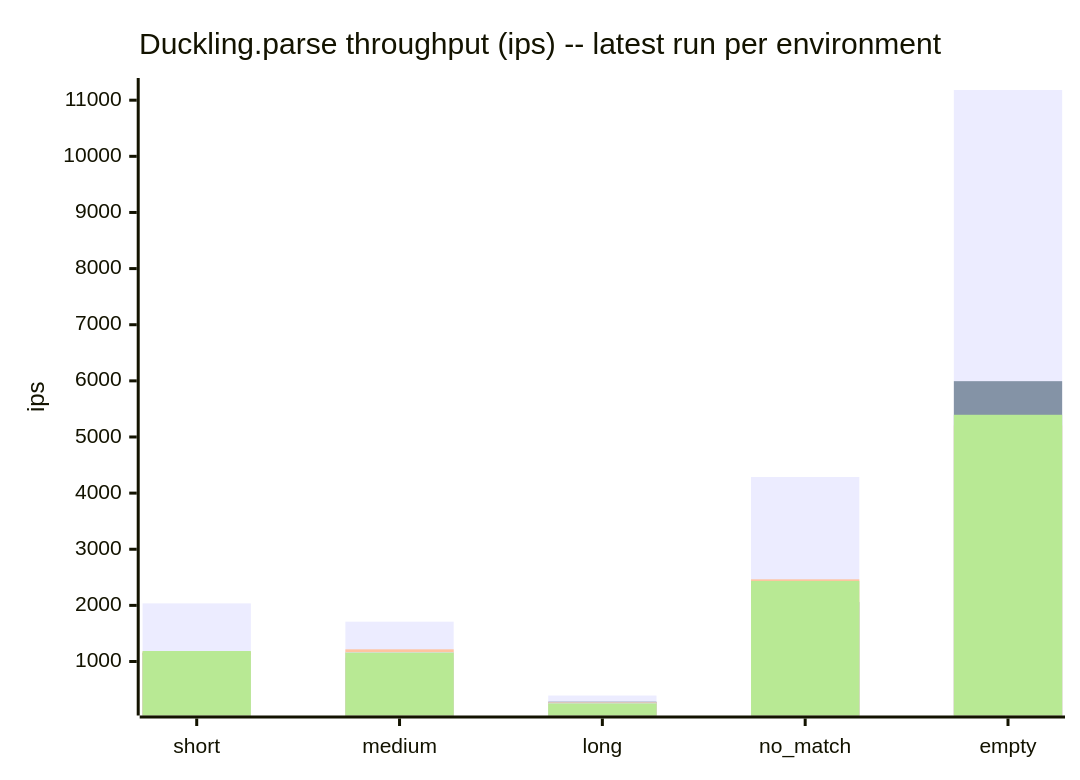
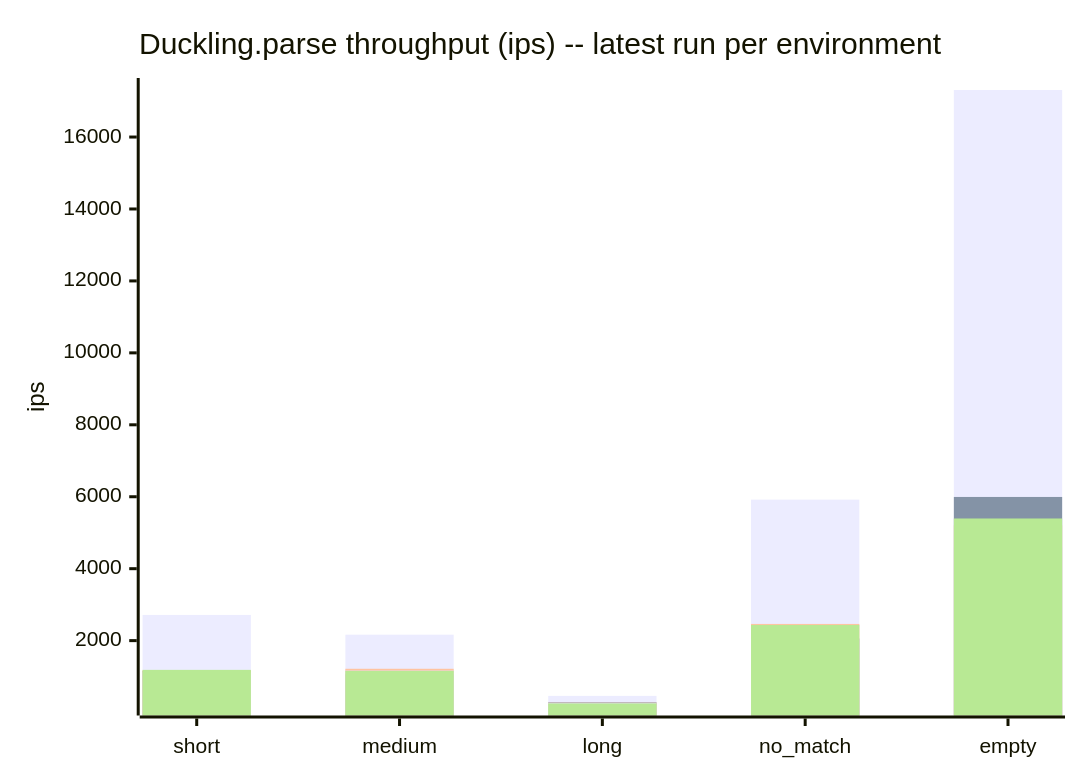
One commit to cpb/duckling changed the sixth of 7 diagrams in docs/benchmarks/README.md. Above: the diagram before and after it, drawn with Mermaid. The commit also changed other lines of this file and 1 other file, not shown here.

Commit message:
Record github-actions benchmark results for 0.3.0

````diff
--- a/docs/benchmarks/README.md
+++ b/docs/benchmarks/README.md
@@ -211,11 +211,11 @@
 ```mermaid
 xychart-beta
     title "Duckling.parse throughput (ips) -- latest run per environment"
     x-axis [short, medium, long, no_match, empty]
     y-axis "ips"
-    bar "github-actions" [2035.5, 1709.8, 393.8, 4287.8, 11181.6]
+    bar "github-actions" [2714.3, 2164.6, 463.9, 5919.7, 17307.7]
     bar "claude-code-web" [1154.4, 1064.6, 284.8, 2058.0, 5994.3]
     bar "local-3.3" [1175.1, 1217.2, 273.9, 2464.0, 5206.5]
     bar "local-3.4" [1116.0, 1168.6, 267.9, 2056.4, 4592.3]
     bar "local-4.0" [1187.1, 1156.8, 252.0, 2435.1, 5395.4]
 ```
````
